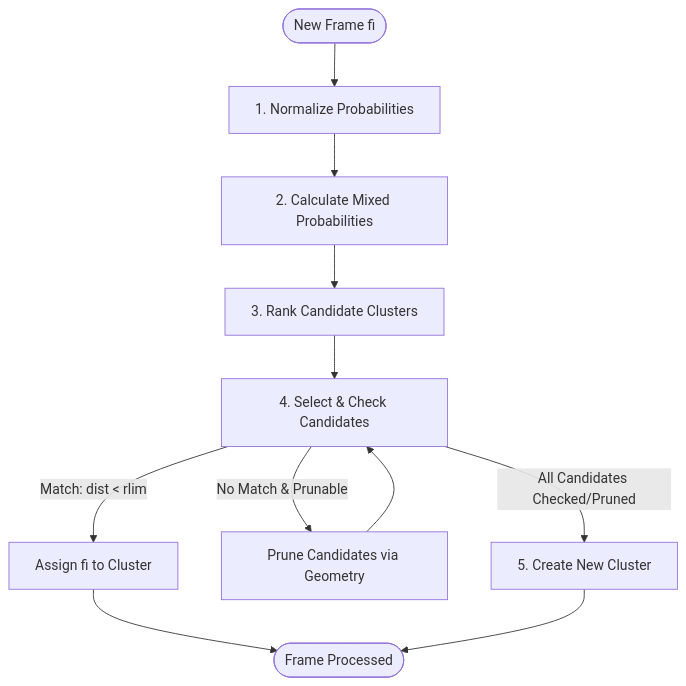
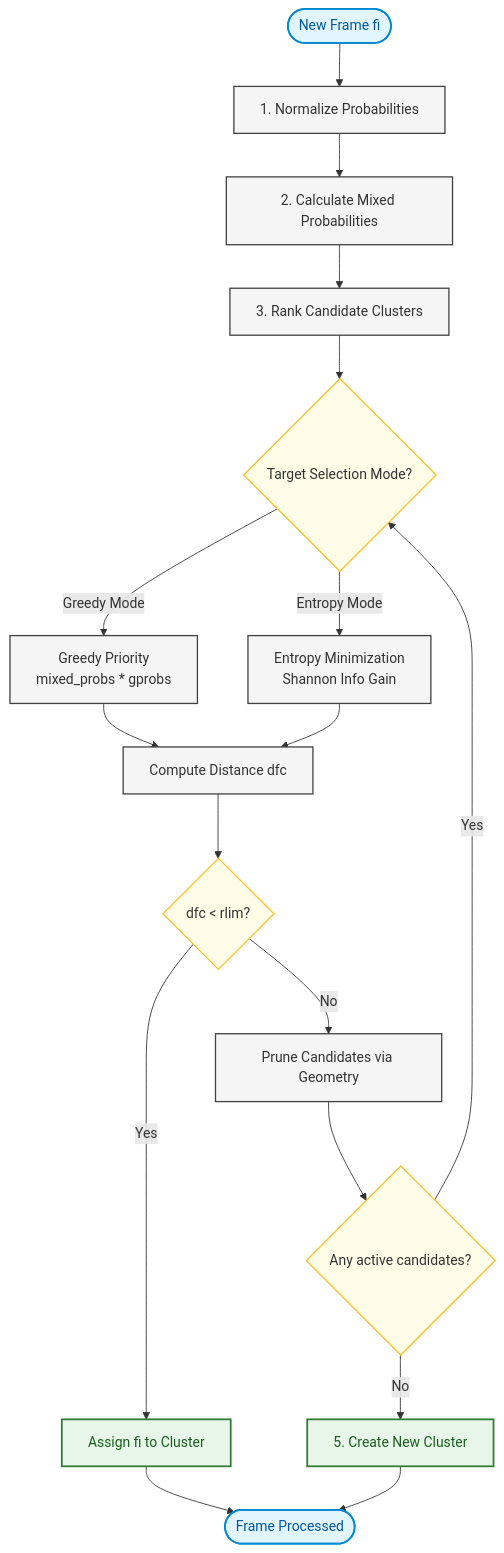
Before and after one commit to oguyon/gric-cluster: the diagram in docs/algorithm/index.md, drawn with Mermaid.

Commit message:
docs: make workflow flowchart prettier and add target selection branch

````diff
--- a/docs/algorithm/index.md
+++ b/docs/algorithm/index.md
@@ -11,13 +11,31 @@
 ```mermaid
-graph TD
-    Start([New Frame fi]) --> Step1[1. Normalize Probabilities]
-    Step1 --> Step2[2. Calculate Mixed Probabilities]
-    Step2 --> Step3[3. Rank Candidate Clusters]
-    Step3 --> Step4[4. Select & Check Candidates]
-    Step4 -->|Match: dist < rlim| Assign[Assign fi to Cluster]
-    Step4 -->|No Match & Prunable| Prune[Prune Candidates via Geometry]
-    Prune --> Step4
-    Step4 -->|All Candidates Checked/Pruned| Step5[5. Create New Cluster]
-    Assign --> End([Frame Processed])
-    Step5 --> End
+flowchart TD
+    classDef startEnd fill:#e1f5fe,stroke:#0288D1,stroke-width:2px,color:#01579B;
+    classDef process fill:#f5f5f5,stroke:#424242,stroke-width:1.5px;
+    classDef decision fill:#fffde7,stroke:#fbc02d,stroke-width:1.5px;
+    classDef action fill:#e8f5e9,stroke:#2e7d32,stroke-width:2px,color:#1b5e20;
+
+    Start([New Frame fi]):::startEnd --> Step1[1. Normalize Probabilities]:::process
+    Step1 --> Step2[2. Calculate Mixed Probabilities]:::process
+    Step2 --> Step3[3. Rank Candidate Clusters]:::process
+    
+    Step3 --> Step4{Target Selection Mode?}:::decision
+    
+    Step4 -->|Greedy Mode| Greedy[Greedy Priority<br/>mixed_probs * gprobs]:::process
+    Step4 -->|Entropy Mode| Entropy[Entropy Minimization<br/>Shannon Info Gain]:::process
+    
+    Greedy --> Check[Compute Distance dfc]:::process
+    Entropy --> Check
+    
+    Check --> Match{dfc < rlim?}:::decision
+    
+    Match -->|Yes| Assign[Assign fi to Cluster]:::action
+    Match -->|No| Prune[Prune Candidates via Geometry]:::process
+    
+    Prune --> Remaining{Any active candidates?}:::decision
+    Remaining -->|Yes| Step4
+    Remaining -->|No| Create[5. Create New Cluster]:::action
+    
+    Assign --> End([Frame Processed]):::startEnd
+    Create --> End
 ```
````
